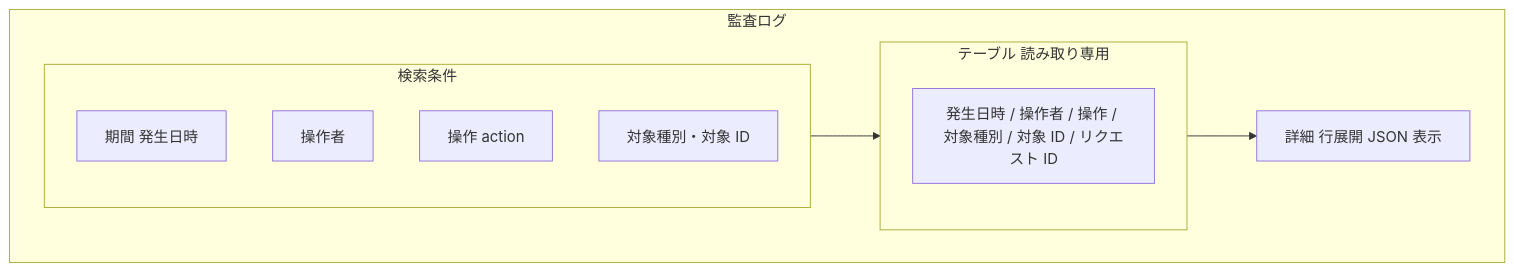
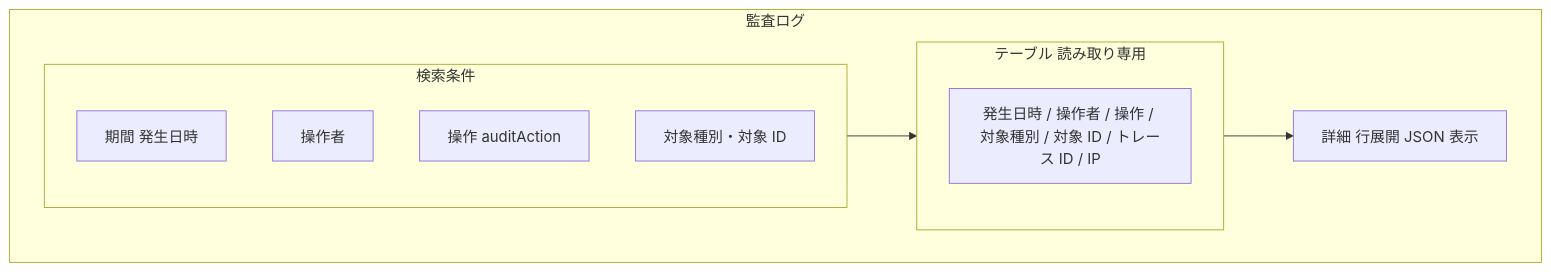
One commit to quyangboxjob/DDMSAA changed the sixth of 8 diagrams in docs/基本設計/業務設計/user/spec-user-screen-ui.md. Above: the diagram before and after it, drawn with Mermaid. The commit also changed other lines of this file and 48 other files, not shown here.

````diff
--- a/docs/基本設計/業務設計/user/spec-user-screen-ui.md
+++ b/docs/基本設計/業務設計/user/spec-user-screen-ui.md
@@ -197,16 +202,16 @@
 ```mermaid
 flowchart TB
   subgraph P[監査ログ]
     subgraph S[検索条件]
       S1[期間 発生日時]
       S2[操作者]
-      S3[操作 action]
+      S3[操作 auditAction]
       S4[対象種別・対象 ID]
     end
     subgraph T[テーブル 読み取り専用]
-      TH[発生日時 / 操作者 / 操作 / 対象種別 / 対象 ID / リクエスト ID]
+      TH[発生日時 / 操作者 / 操作 / 対象種別 / 対象 ID / トレース ID / IP]
     end
     D[詳細 行展開 JSON 表示]
   end
   S --> T --> D
 ```
````
